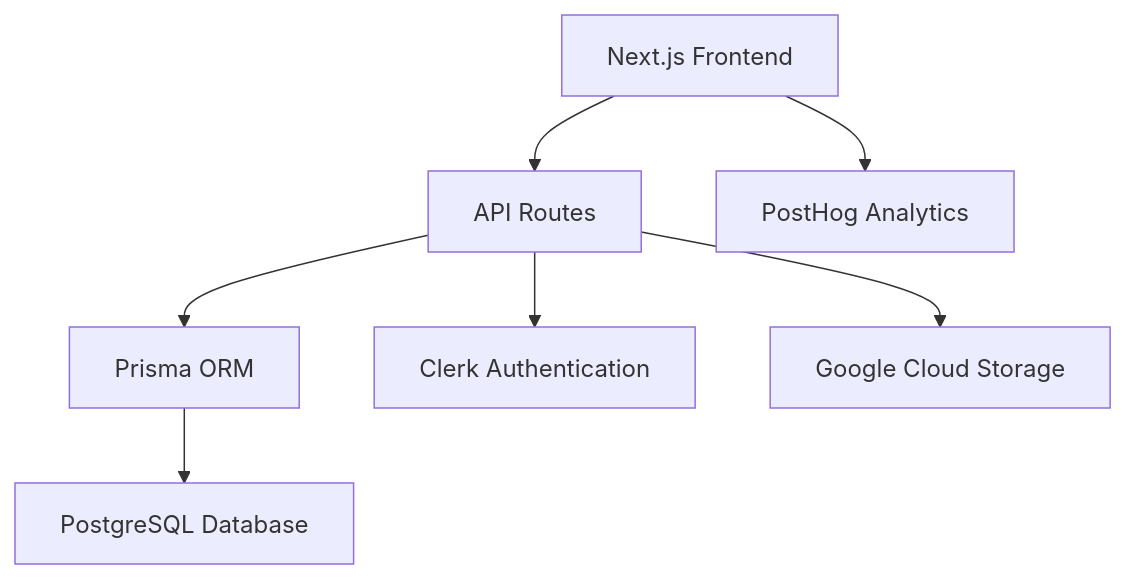
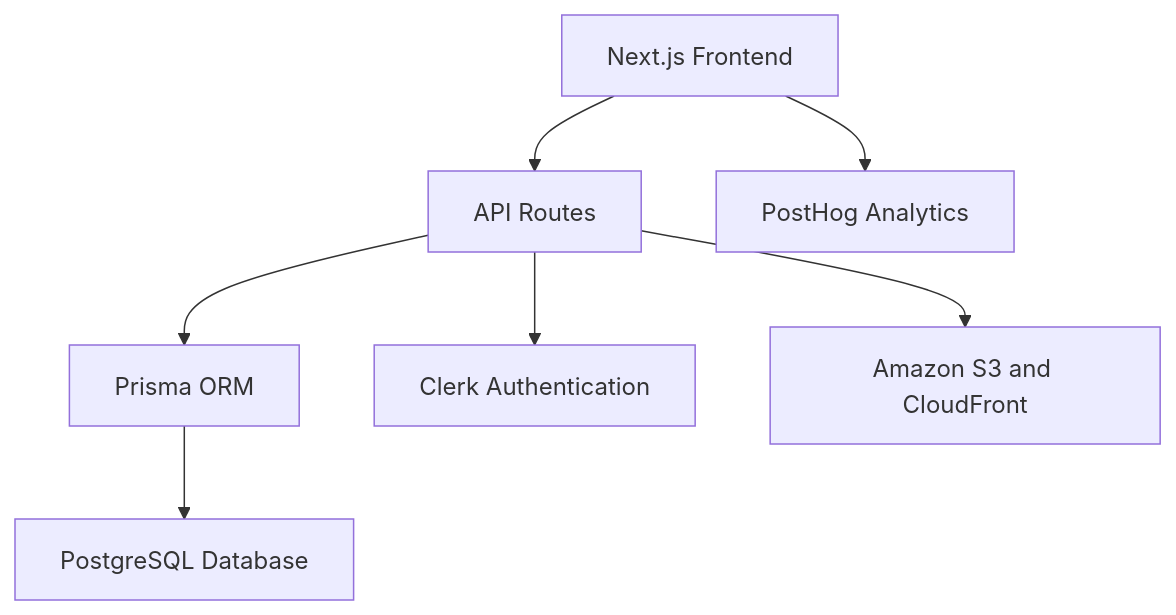
One commit to sundaiclub/sundai-website-v2 changed the diagram in README.md. Above: the diagram before and after it, drawn with Mermaid. The commit also changed other lines of this file and 18 other files, not shown here.

````diff
--- a/README.md
+++ b/README.md
@@ -273,9 +273,9 @@
 ```mermaid
 graph TD
     A[Next.js Frontend] --> B[API Routes]
     B --> C[Prisma ORM]
     C --> D[PostgreSQL Database]
     B --> E[Clerk Authentication]
-    B --> F[Google Cloud Storage]
+    B --> F[Amazon S3 and CloudFront]
     A --> H[PostHog Analytics]
 ```
````
